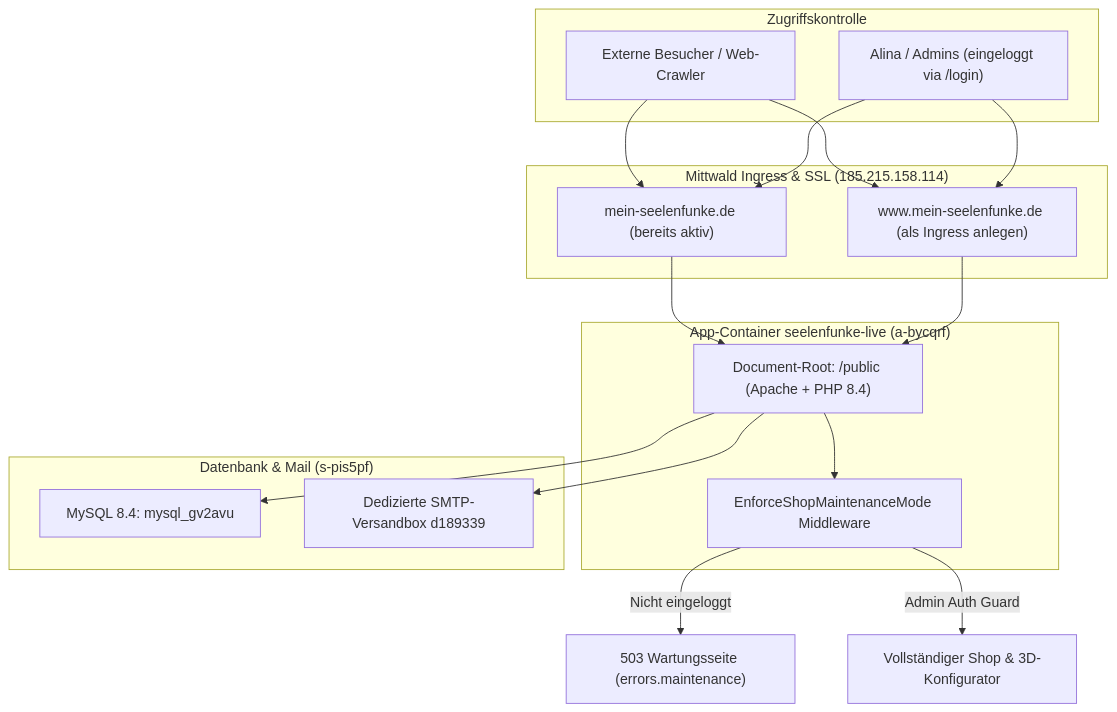
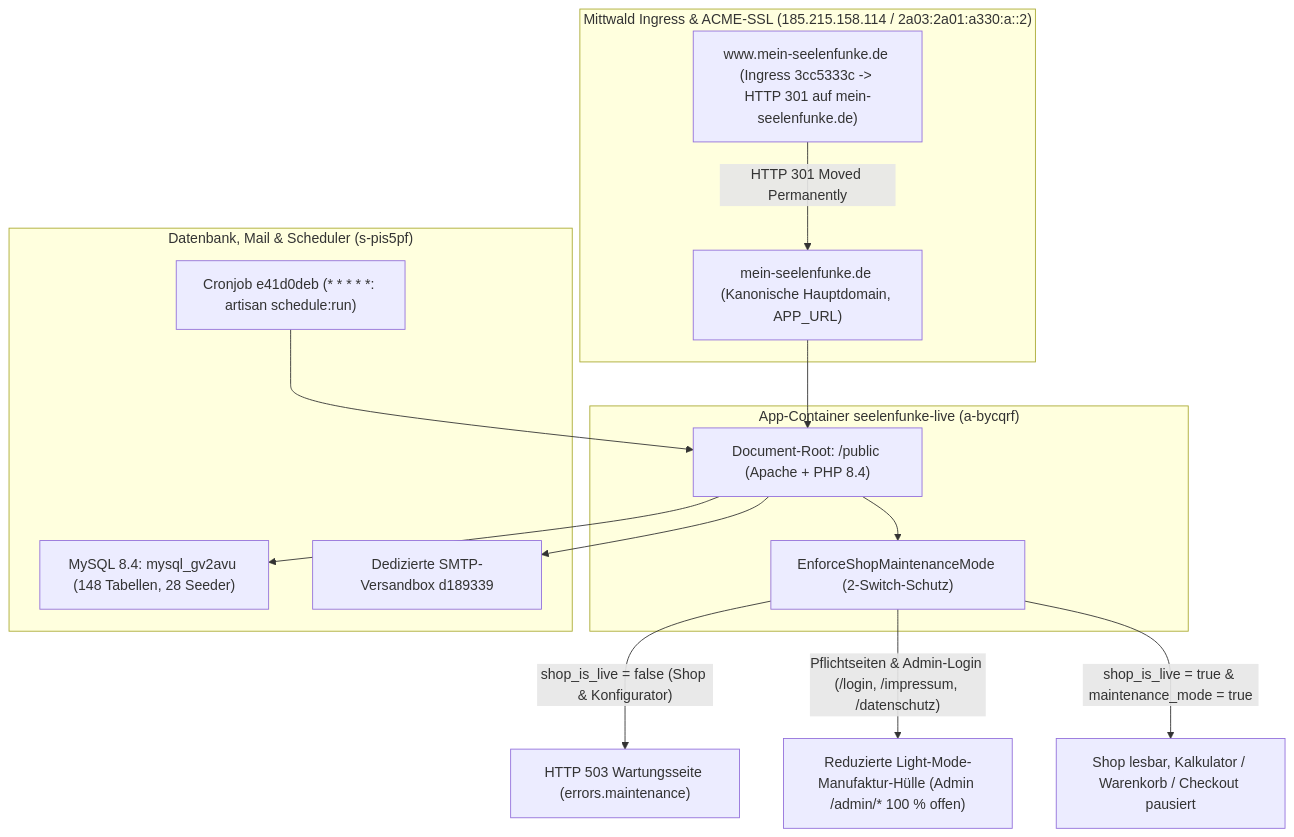
One commit to Galaxina93/seelenfunke changed the diagram in Abschlussberichte/Konzepte/Konzept_Mittwald_Live_Domain_Vorbereitung_Wartungsmodus.md. Above: the diagram before and after it, drawn with Mermaid. The commit also changed other lines of this file and 5 other files, not shown here.

Commit message:
docs: update Abschlussberichte for dual live-switch, laser crystal calibration, 3D dashboard, bridge alerts & 3D showroom concept

````diff
--- a/Abschlussberichte/Konzepte/Konzept_Mittwald_Live_Domain_Vorbereitung_Wartungsmodus.md
+++ b/Abschlussberichte/Konzepte/Konzept_Mittwald_Live_Domain_Vorbereitung_Wartungsmodus.md
@@ -25,30 +25,27 @@
 ```mermaid
 flowchart TD
-    subgraph Ingress["Mittwald Ingress & SSL (185.215.158.114)"]
-        D_Apex["mein-seelenfunke.de (bereits aktiv)"]
-        D_Www["www.mein-seelenfunke.de (als Ingress anlegen)"]
+    subgraph Ingress["Mittwald Ingress & ACME-SSL (185.215.158.114 / 2a03:2a01:a330:a::2)"]
+        D_Apex["mein-seelenfunke.de (Kanonische Hauptdomain, APP_URL)"]
+        D_Www["www.mein-seelenfunke.de (Ingress 3cc5333c -> HTTP 301 auf mein-seelenfunke.de)"]
     end
 
     subgraph ContainerLive["App-Container seelenfunke-live (a-bycqrf)"]
         DocRoot["Document-Root: /public (Apache + PHP 8.4)"]
-        Middleware["EnforceShopMaintenanceMode Middleware"]
+        Middleware["EnforceShopMaintenanceMode (2-Switch-Schutz)"]
     end
 
-    subgraph DataLive["Datenbank & Mail (s-pis5pf)"]
-        DbLive["MySQL 8.4: mysql_gv2avu"]
+    subgraph DataLive["Datenbank, Mail & Scheduler (s-pis5pf)"]
+        DbLive["MySQL 8.4: mysql_gv2avu (148 Tabellen, 28 Seeder)"]
         MailLive["Dedizierte SMTP-Versandbox d189339"]
+        CronLive["Cronjob e41d0deb (* * * * *: artisan schedule:run)"]
     end
 
-    subgraph Visitors["Zugriffskontrolle"]
-        Public["Externe Besucher / Web-Crawler"]
-        Alina["Alina / Admins (eingeloggt via /login)"]
-    end
-
-    D_Apex & D_Www --> DocRoot
+    D_Www -->|"HTTP 301 Moved Permanently"| D_Apex
+    D_Apex --> DocRoot
     DocRoot --> Middleware
-    Middleware -->|Nicht eingeloggt| V_503["503 Wartungsseite (errors.maintenance)"]
-    Middleware -->|Admin Auth Guard| V_Shop["Vollständiger Shop & 3D-Konfigurator"]
-    Public --> D_Apex & D_Www
-    Alina --> D_Apex & D_Www
+    Middleware -->|"shop_is_live = false (Shop & Konfigurator)"| V_503["HTTP 503 Wartungsseite (errors.maintenance)"]
+    Middleware -->|"Pflichtseiten & Admin-Login (/login, /impressum, /datenschutz)"| V_Shell["Reduzierte Light-Mode-Manufaktur-Hülle (Admin /admin/* 100 % offen)"]
+    Middleware -->|"shop_is_live = true & maintenance_mode = true"| V_ReadOnly["Shop lesbar, Kalkulator / Warenkorb / Checkout pausiert"]
+    CronLive --> DocRoot
     DocRoot --> DbLive & MailLive
 ```
````
